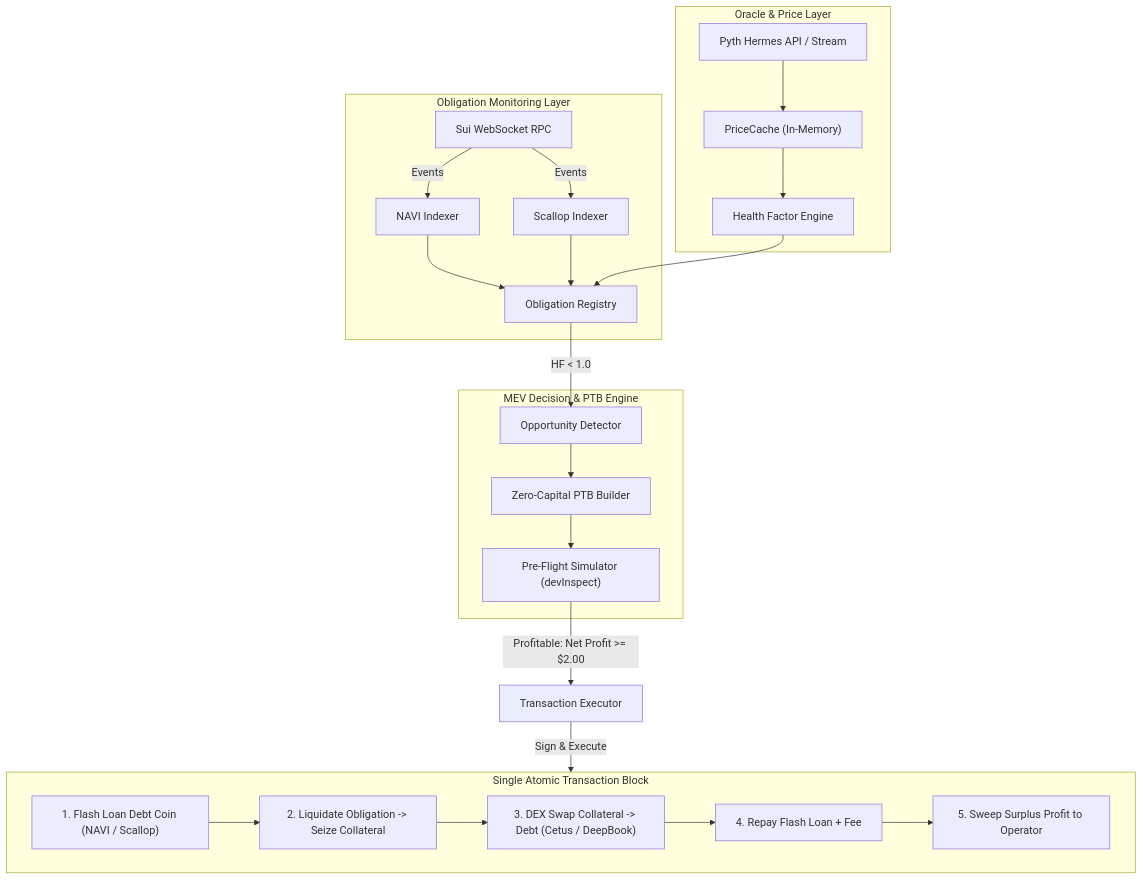
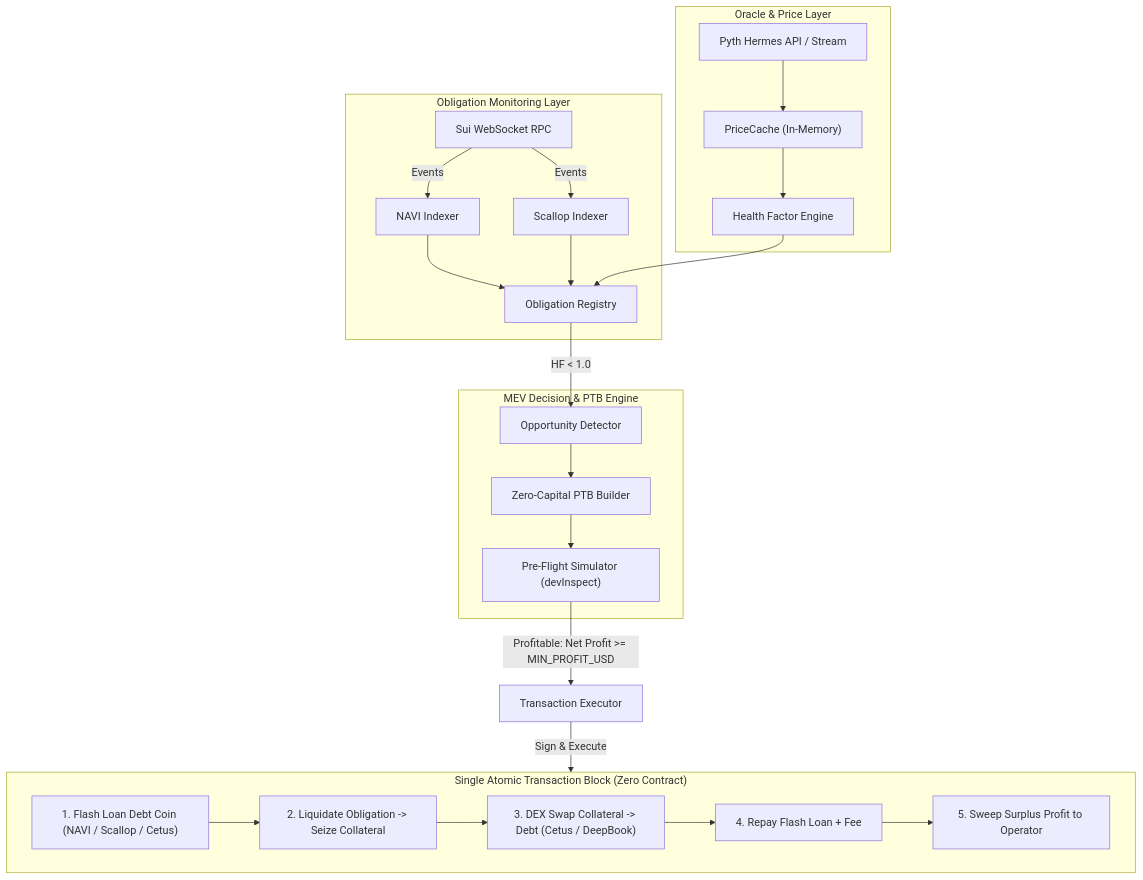
The first of 2 diagrams in README.md (Disseveru/suimev), drawn with Mermaid before and after one commit. The commit also changed other lines of this file, not shown here.

Commit message:
docs: update README with EVM-MEV architecture, zero-capital guarantees, and security audit details

````diff
--- a/README.md
+++ b/README.md
@@ -33,33 +45,33 @@
 ```mermaid
 flowchart TD
     subgraph Oracles ["Oracle & Price Layer"]
         P1["Pyth Hermes API / Stream"] --> PC["PriceCache (In-Memory)"]
         PC --> HF["Health Factor Engine"]
     end
 
     subgraph Monitoring ["Obligation Monitoring Layer"]
         WS["Sui WebSocket RPC"] -->|Events| NI["NAVI Indexer"]
         WS -->|Events| SI["Scallop Indexer"]
         NI --> REG["Obligation Registry"]
         SI --> REG
         HF --> REG
     end
 
     subgraph Engine ["MEV Decision & PTB Engine"]
         REG -->|HF < 1.0| DET["Opportunity Detector"]
         DET --> PTB["Zero-Capital PTB Builder"]
         PTB --> SIM["Pre-Flight Simulator (devInspect)"]
     end
 
-    subgraph AtomicPTB ["Single Atomic Transaction Block"]
-        FL["1. Flash Loan Debt Coin (NAVI / Scallop)"]
+    subgraph AtomicPTB ["Single Atomic Transaction Block (Zero Contract)"]
+        FL["1. Flash Loan Debt Coin (NAVI / Scallop / Cetus)"]
         LQ["2. Liquidate Obligation -> Seize Collateral"]
         SW["3. DEX Swap Collateral -> Debt (Cetus / DeepBook)"]
         RP["4. Repay Flash Loan + Fee"]
         PF["5. Sweep Surplus Profit to Operator"]
         FL --> LQ --> SW --> RP --> PF
     end
 
-    SIM -->|Profitable: Net Profit >= $2.00| EXE["Transaction Executor"]
+    SIM -->|Profitable: Net Profit >= MIN_PROFIT_USD| EXE["Transaction Executor"]
     EXE -->|Sign & Execute| AtomicPTB
 ```
````
